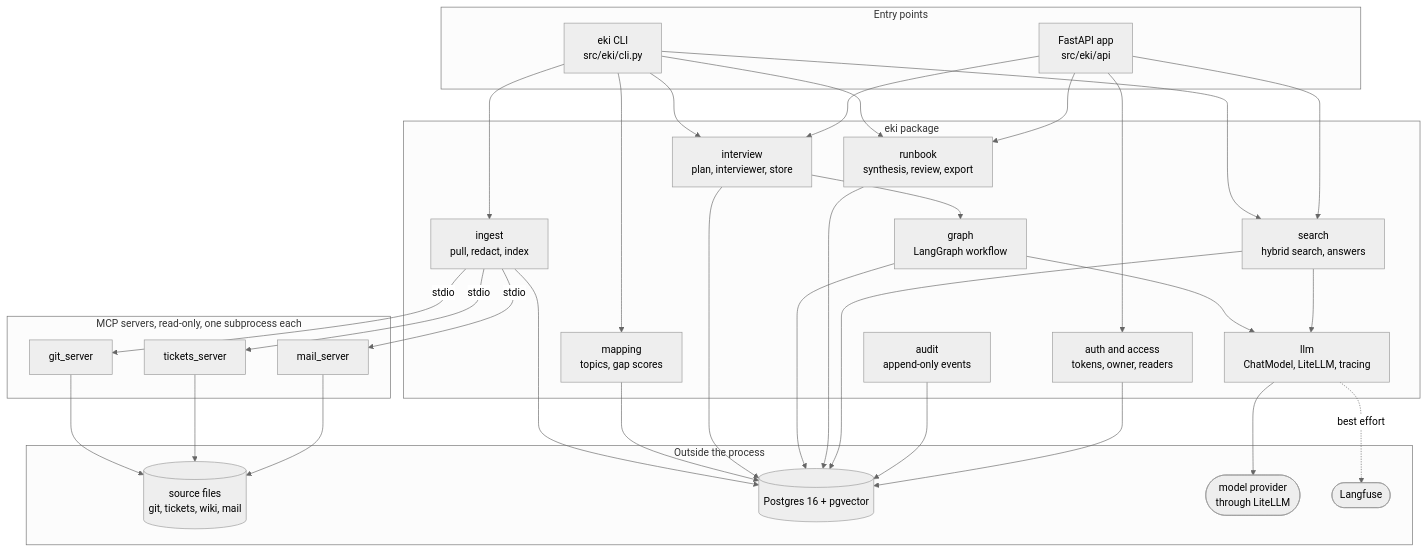
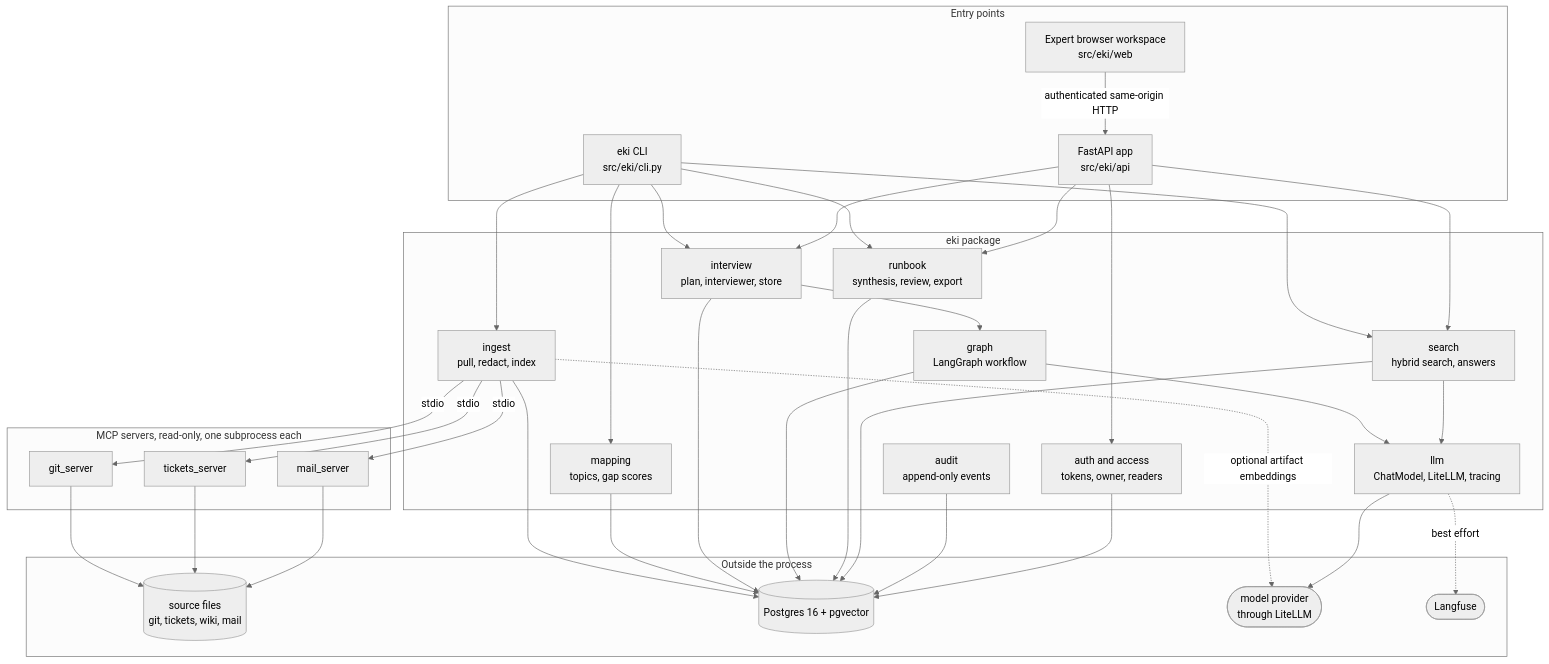
The second of 5 diagrams in docs/architecture.md (medaliyed/exit-knowledge-interviewer), drawn with Mermaid (neutral theme) before and after one commit. The commit also changed other lines of this file and 11 other files, not shown here.

````diff
--- a/docs/architecture.md
+++ b/docs/architecture.md
@@ -55,44 +56,47 @@
 ```mermaid
 flowchart TB
     subgraph entry["Entry points"]
         cli["eki CLI<br/>src/eki/cli.py"]
         api["FastAPI app<br/>src/eki/api"]
+        browser["Expert browser workspace<br/>src/eki/web"]
     end
 
     subgraph core["eki package"]
         ingest["ingest<br/>pull, redact, index"]
         mapping["mapping<br/>topics, gap scores"]
         interview["interview<br/>plan, interviewer, store"]
         wf["graph<br/>LangGraph workflow"]
         runbook["runbook<br/>synthesis, review, export"]
         search["search<br/>hybrid search, answers"]
         llm["llm<br/>ChatModel, LiteLLM, tracing"]
         audit["audit<br/>append-only events"]
         authz["auth and access<br/>tokens, owner, readers"]
     end
 
     subgraph servers["MCP servers, read-only, one subprocess each"]
         git["git_server"]
         tickets["tickets_server"]
         mail["mail_server"]
     end
 
     subgraph external["Outside the process"]
         files[("source files<br/>git, tickets, wiki, mail")]
         pg[("Postgres 16 + pgvector")]
         provider(["model provider<br/>through LiteLLM"])
         langfuse(["Langfuse"])
     end
 
+    browser -->|authenticated same-origin HTTP| api
     cli --> ingest & mapping & interview & runbook & search
     api --> authz
     api --> interview & runbook & search
     ingest -->|stdio| git & tickets & mail
     git & tickets & mail --> files
     interview --> wf
     wf --> llm
     search --> llm
+    ingest -.->|optional artifact embeddings| provider
     llm --> provider
     llm -.->|best effort| langfuse
     ingest & mapping & interview & wf & runbook & search & audit & authz --> pg
 ```
````
